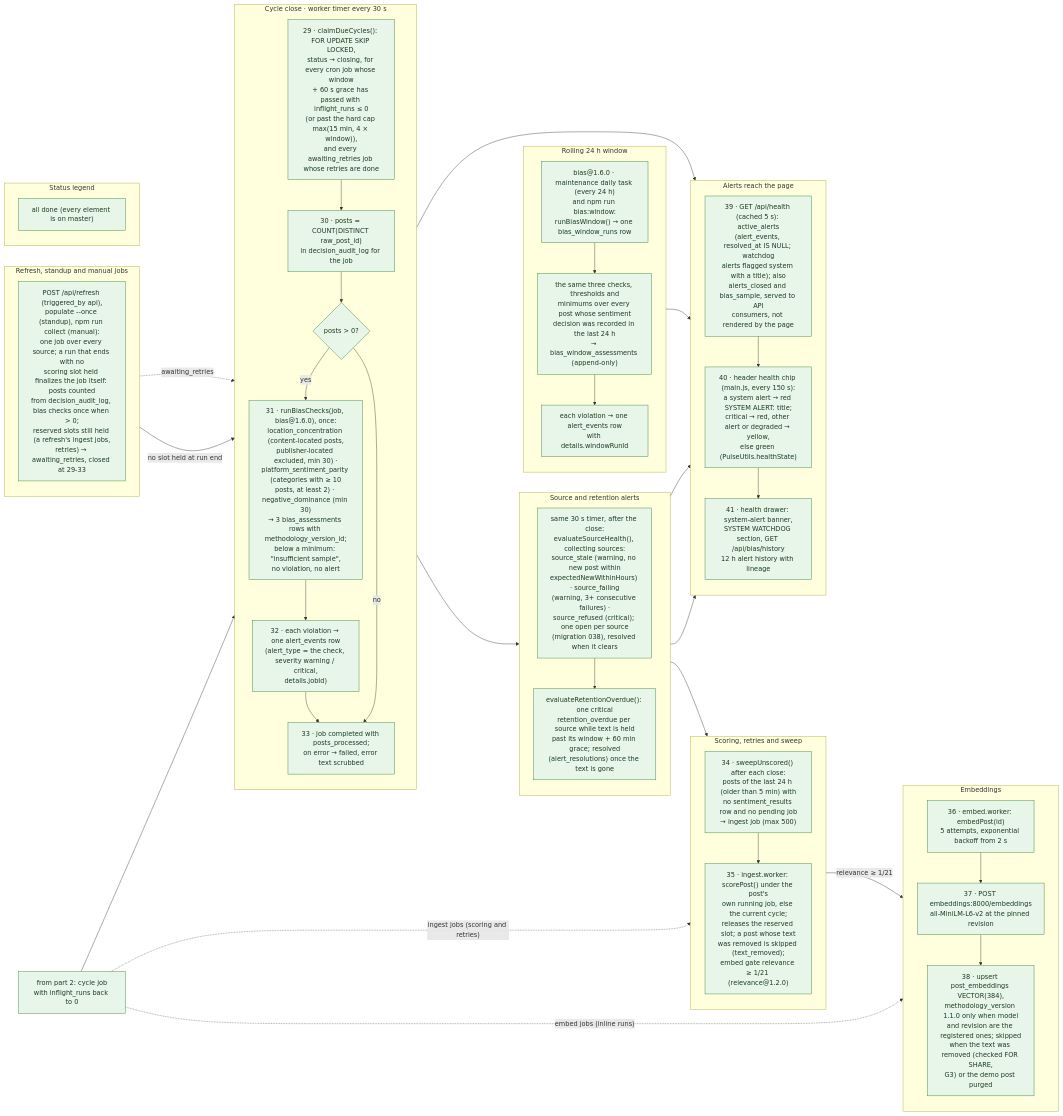
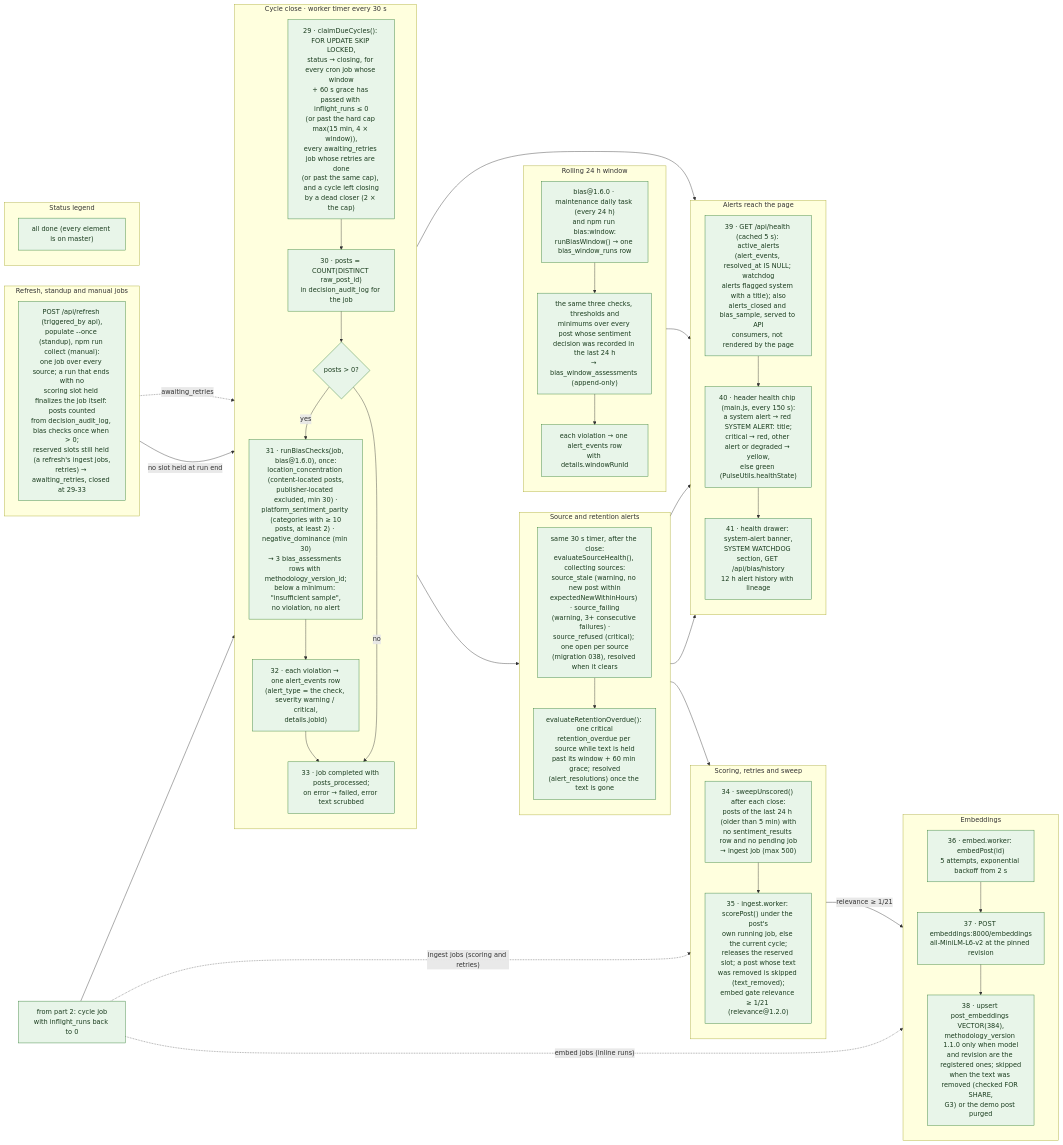
One commit to jennifer-mckinney/pulse-of-ai changed the diagram in docs/diagrams/flows/collection-3-cycle-close-bias-alerts.mmd. Above: the diagram before and after it, drawn with Mermaid. The commit also changed 35 other files, not shown here.

```diff
--- a/docs/diagrams/flows/collection-3-cycle-close-bias-alerts.mmd
+++ b/docs/diagrams/flows/collection-3-cycle-close-bias-alerts.mmd
@@ -1,81 +1,81 @@
 %% Title: Collection cycle · part 3 of 3 · cycle close, bias checks, embeddings, alerts
 %% Summary: How a collection cycle's job is closed and its job-level bias checks (bias@1.6.0, with minimum samples) run once, how the rolling 24 h window checks run daily, how scoring, retries and embeddings are processed, which source-health and retention alerts the cycle timer raises, and how alerts reach the page.
 %% Sources: src/workers/start.js (closeDueCyclesOnce, every 30 s), src/workers/maintenance.worker.js (daily task), src/collectors/cycle.js, src/collectors/sweep.js, src/collectors/{source-health,retention-overdue,source-alerts}.js, src/pipeline/bias.js, src/pipeline/bias-window.js, scripts/bias-window.js, src/workers/{ingest,embed}.worker.js, src/pipeline/embeddings.js, python/embeddings_service.py, src/routes/{health,bias}.js, public/js/{main,ui,utils}.js; migrations 027, 028, 032, 036, 038, 060. Spec: TECHNICAL_SPEC.md sections 9 (bias monitoring, alert flow), 12 (embeddings); PR #22 decision G2.
 flowchart LR
 
   subgraph CLOSE["Cycle close · worker timer every 30 s"]
     direction TB
-    C1["29 · claimDueCycles(): FOR UPDATE SKIP LOCKED,<br/>status → closing, for every cron job whose window<br/>+ 60 s grace has passed with inflight_runs ≤ 0<br/>(or past the hard cap max(15 min, 4 × window)),<br/>and every awaiting_retries job whose retries are done"]:::done
+    C1["29 · claimDueCycles(): FOR UPDATE SKIP LOCKED,<br/>status → closing, for every cron job whose window<br/>+ 60 s grace has passed with inflight_runs ≤ 0<br/>(or past the hard cap max(15 min, 4 × window)),<br/>every awaiting_retries job whose retries are done<br/>(or past the same cap), and a cycle left closing<br/>by a dead closer (2 × the cap)"]:::done
     C2["30 · posts = COUNT(DISTINCT raw_post_id)<br/>in decision_audit_log for the job"]:::done
     C3{"posts #gt; 0?"}:::done
     C4["31 · runBiasChecks(job, bias@1.6.0), once:<br/>location_concentration (content-located posts,<br/>publisher-located excluded, min 30) ·<br/>platform_sentiment_parity (categories with ≥ 10<br/>posts, at least 2) · negative_dominance (min 30)<br/>→ 3 bias_assessments rows with methodology_version_id;<br/>below a minimum: #quot;insufficient sample#quot;,<br/>no violation, no alert"]:::done
     C5["32 · each violation → one alert_events row<br/>(alert_type = the check, severity warning / critical,<br/>details.jobId)"]:::done
     C6["33 · job completed with posts_processed;<br/>on error → failed, error text scrubbed"]:::done
     C1 --> C2 --> C3
     C3 -- yes --> C4 --> C5 --> C6
     C3 -- no --> C6
   end
 
   subgraph OTHER["Refresh, standup and manual jobs"]
     direction TB
     J1["POST /api/refresh (triggered_by api),<br/>populate --once (standup), npm run collect (manual):<br/>one job over every source; a run that ends with no<br/>scoring slot held finalizes the job itself: posts counted<br/>from decision_audit_log, bias checks once when > 0;<br/>reserved slots still held (a refresh's ingest jobs,<br/>retries) → awaiting_retries, closed at 29-33"]:::done
   end
 
   subgraph WINDOW["Rolling 24 h window"]
     direction TB
     B1["bias@1.6.0 · maintenance daily task (every 24 h)<br/>and npm run bias:window:<br/>runBiasWindow() → one bias_window_runs row"]:::done
     B2["the same three checks, thresholds and<br/>minimums over every post whose sentiment<br/>decision was recorded in the last 24 h<br/>→ bias_window_assessments (append-only)"]:::done
     B3["each violation → one alert_events row<br/>with details.windowRunId"]:::done
     B1 --> B2 --> B3
   end
 
   subgraph HEALTH["Source and retention alerts"]
     direction TB
     H1["same 30 s timer, after the close:<br/>evaluateSourceHealth(), collecting sources:<br/>source_stale (warning, no new post within<br/>expectedNewWithinHours) · source_failing<br/>(warning, 3+ consecutive failures) ·<br/>source_refused (critical); one open per source<br/>(migration 038), resolved when it clears"]:::done
     H2["evaluateRetentionOverdue(): one critical<br/>retention_overdue per source while text is held<br/>past its window + 60 min grace; resolved<br/>(alert_resolutions) once the text is gone"]:::done
     H1 --> H2
   end
 
   subgraph SWEEP["Scoring, retries and sweep"]
     direction TB
     R1["34 · sweepUnscored() after each close:<br/>posts of the last 24 h (older than 5 min) with<br/>no sentiment_results row and no pending job<br/>→ ingest job (max 500)"]:::done
     R2["35 · ingest.worker: scorePost() under the post's<br/>own running job, else the current cycle;<br/>releases the reserved slot; a post whose text<br/>was removed is skipped (text_removed);<br/>embed gate relevance ≥ 1/21 (relevance@1.2.0)"]:::done
     R1 --> R2
   end
 
   subgraph EMBED["Embeddings"]
     direction TB
     E1["36 · embed.worker: embedPost(id)<br/>5 attempts, exponential backoff from 2 s"]:::done
     E2["37 · POST embeddings:8000/embeddings<br/>all-MiniLM-L6-v2 at the pinned revision"]:::done
     E3["38 · upsert post_embeddings VECTOR(384),<br/>methodology_version 1.1.0 only when model<br/>and revision are the registered ones; skipped<br/>when the text was removed (checked FOR SHARE,<br/>G3) or the demo post purged"]:::done
     E1 --> E2 --> E3
   end
 
   subgraph SURFACE["Alerts reach the page"]
     direction TB
     A1["39 · GET /api/health (cached 5 s): active_alerts<br/>(alert_events, resolved_at IS NULL; watchdog<br/>alerts flagged system with a title); also<br/>alerts_closed and bias_sample, served to API<br/>consumers, not rendered by the page"]:::done
     A2["40 · header health chip (main.js, every 150 s):<br/>a system alert → red SYSTEM ALERT: title;<br/>critical → red, other alert or degraded → yellow,<br/>else green (PulseUtils.healthState)"]:::done
     A3["41 · health drawer: system-alert banner,<br/>SYSTEM WATCHDOG section, GET /api/bias/history<br/>12 h alert history with lineage"]:::done
     A1 --> A2 --> A3
   end
 
   subgraph LEGEND["Status legend"]
     L1["all done (every element is on master)"]:::done
   end
 
   IN["from part 2: cycle job<br/>with inflight_runs back to 0"]:::done
   IN --> C1
   C6 --> H1
   H2 --> R1
   IN -. "ingest jobs (scoring and retries)" .-> R2
   R2 -- "relevance ≥ 1/21" --> E1
   IN -. "embed jobs (inline runs)" .-> E1
   C5 --> A1
   B3 --> A1
   H1 --> A1
   H2 --> A1
   J1 -- "no slot held at run end" --> C4
   J1 -. "awaiting_retries" .-> C1
 
   classDef done fill:#e8f5e9,stroke:#2e7d32,color:#1b3d1f
   classDef planned fill:#f2f2f2,stroke:#8a8a8a,color:#4a4a4a,stroke-dasharray:2 3
```
